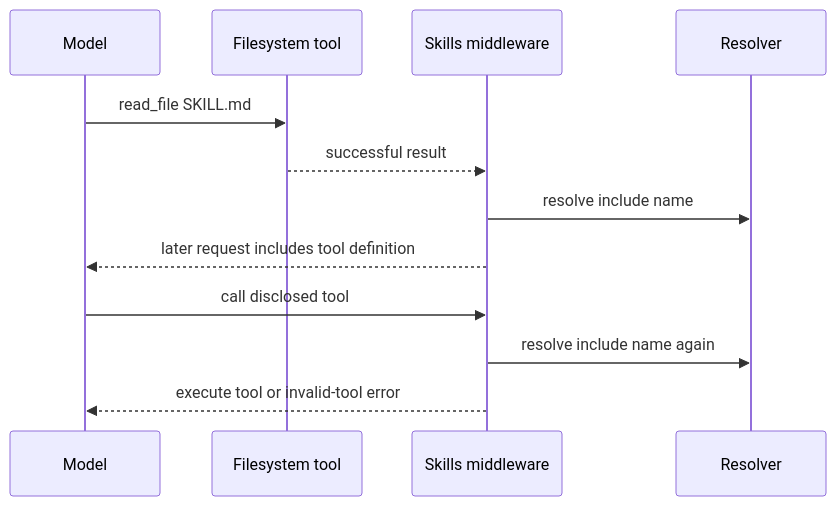
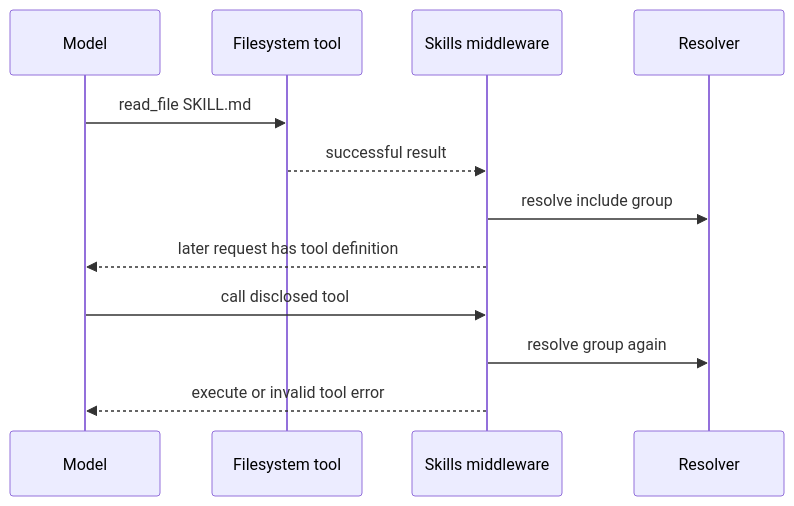
The fourth of 4 diagrams in openwiki/concepts/subagents-skills.md (langchain-ai/deepagents), drawn with Mermaid before and after one commit. The commit also changed other lines of this file and 35 other files, not shown here.

````diff
--- a/openwiki/concepts/subagents-skills.md
+++ b/openwiki/concepts/subagents-skills.md
@@ -146,14 +143,14 @@
 ```mermaid
 sequenceDiagram
     participant Model
     participant Files as Filesystem tool
     participant Skills as Skills middleware
     participant Resolver
     Model->>Files: read_file SKILL.md
     Files-->>Skills: successful result
-    Skills->>Resolver: resolve include name
-    Skills-->>Model: later request includes tool definition
+    Skills->>Resolver: resolve include group
+    Skills-->>Model: later request has tool definition
     Model->>Skills: call disclosed tool
-    Skills->>Resolver: resolve include name again
-    Skills-->>Model: execute tool or invalid-tool error
+    Skills->>Resolver: resolve group again
+    Skills-->>Model: execute or invalid tool error
 ```
````
